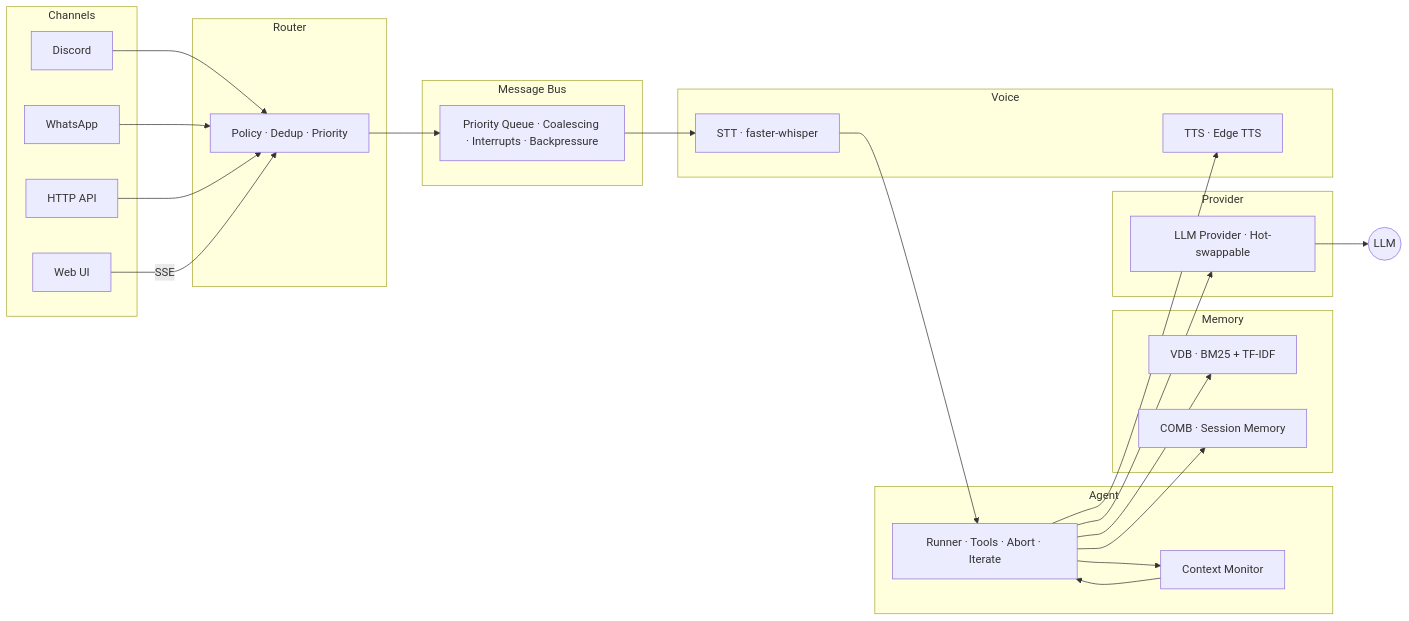
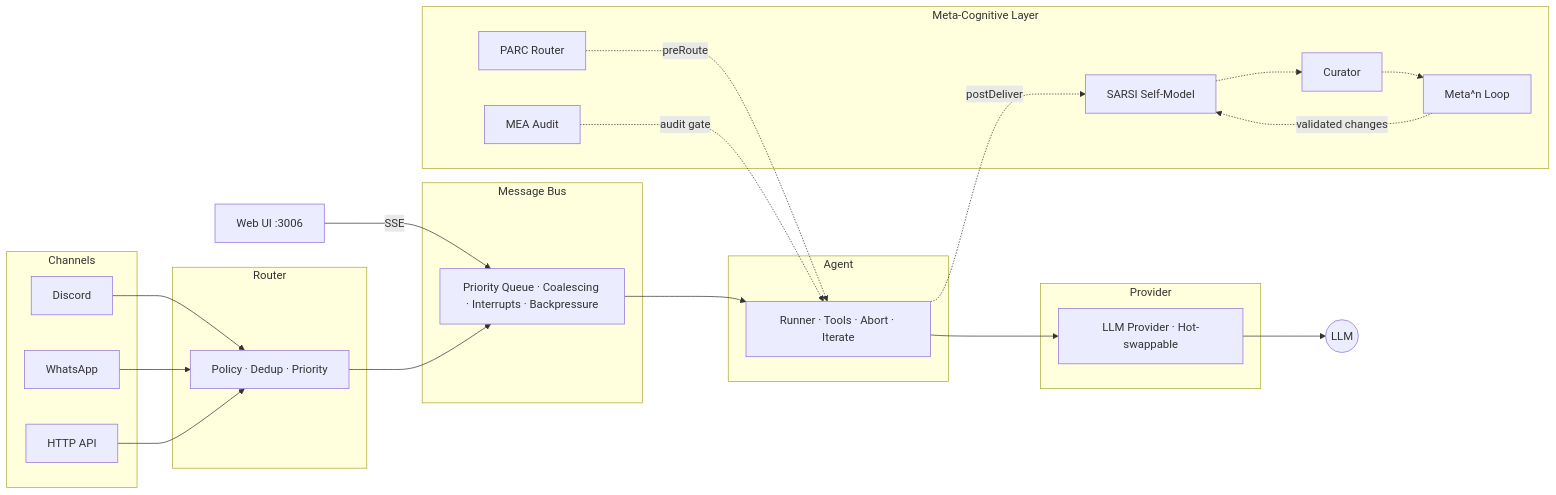
The diagram in docs/core/architecture.md (artifact-opensource/symbiote), drawn with Mermaid before and after one commit. The commit also changed other lines of this file and 33 other files, not shown here.

````diff
--- a/docs/core/architecture.md
+++ b/docs/core/architecture.md
@@ -17,51 +18,48 @@
 ```mermaid
 graph LR
     subgraph Channels
         D[Discord]
         W[WhatsApp]
         H[HTTP API]
-        UI[Web UI]
     end
 
     subgraph Router
         R[Policy · Dedup · Priority]
     end
 
     subgraph Bus[Message Bus]
         Q[Priority Queue · Coalescing · Interrupts · Backpressure]
     end
 
     subgraph Agent
         A[Runner · Tools · Abort · Iterate]
-        CM[Context Monitor]
-    end
-
-    subgraph Memory
-        V[VDB · BM25 + TF-IDF]
-        C[COMB · Session Memory]
     end
 
     subgraph Provider
         P[LLM Provider · Hot-swappable]
     end
 
-    subgraph Voice
-        STT[STT · faster-whisper]
-        TTS[TTS · Edge TTS]
+    subgraph Meta[Meta-Cognitive Layer]
+        S[SARSI Self-Model]
+        C[Curator]
+        M[Meta^n Loop]
+        ME[MEA Audit]
+        PA[PARC Router]
     end
+
+    UI[Web UI :3006] -->|SSE| Q
 
     D --> R
     W --> R
     H --> R
-    UI -->|SSE| R
     R --> Q
-    Q --> STT
-    STT --> A
-    A --> CM
-    CM --> A
+    Q --> A
     A --> P
-    A --> V
-    A --> C
-    A --> TTS
     P --> LLM((LLM))
+    PA -.->|preRoute| A
+    A -.->|postDeliver| S
+    S -.-> C
+    C -.-> M
+    M -.->|validated changes| S
+    ME -.->|audit gate| A
 ```
````
